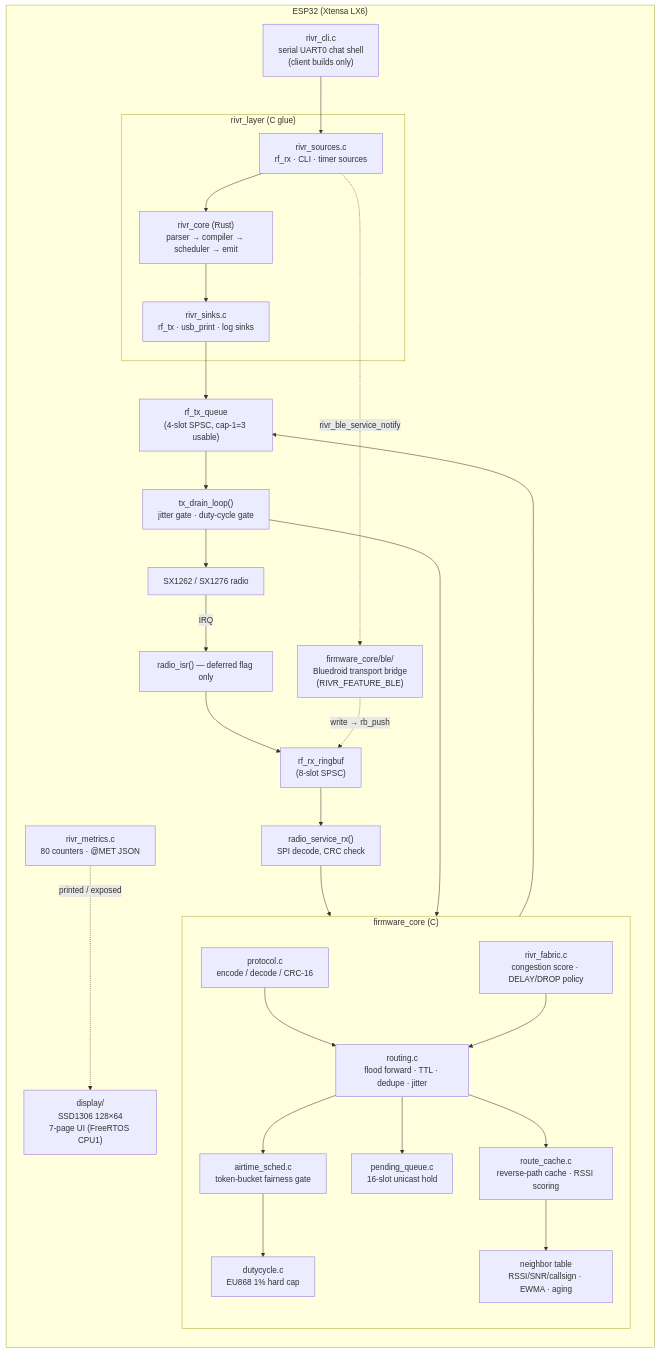
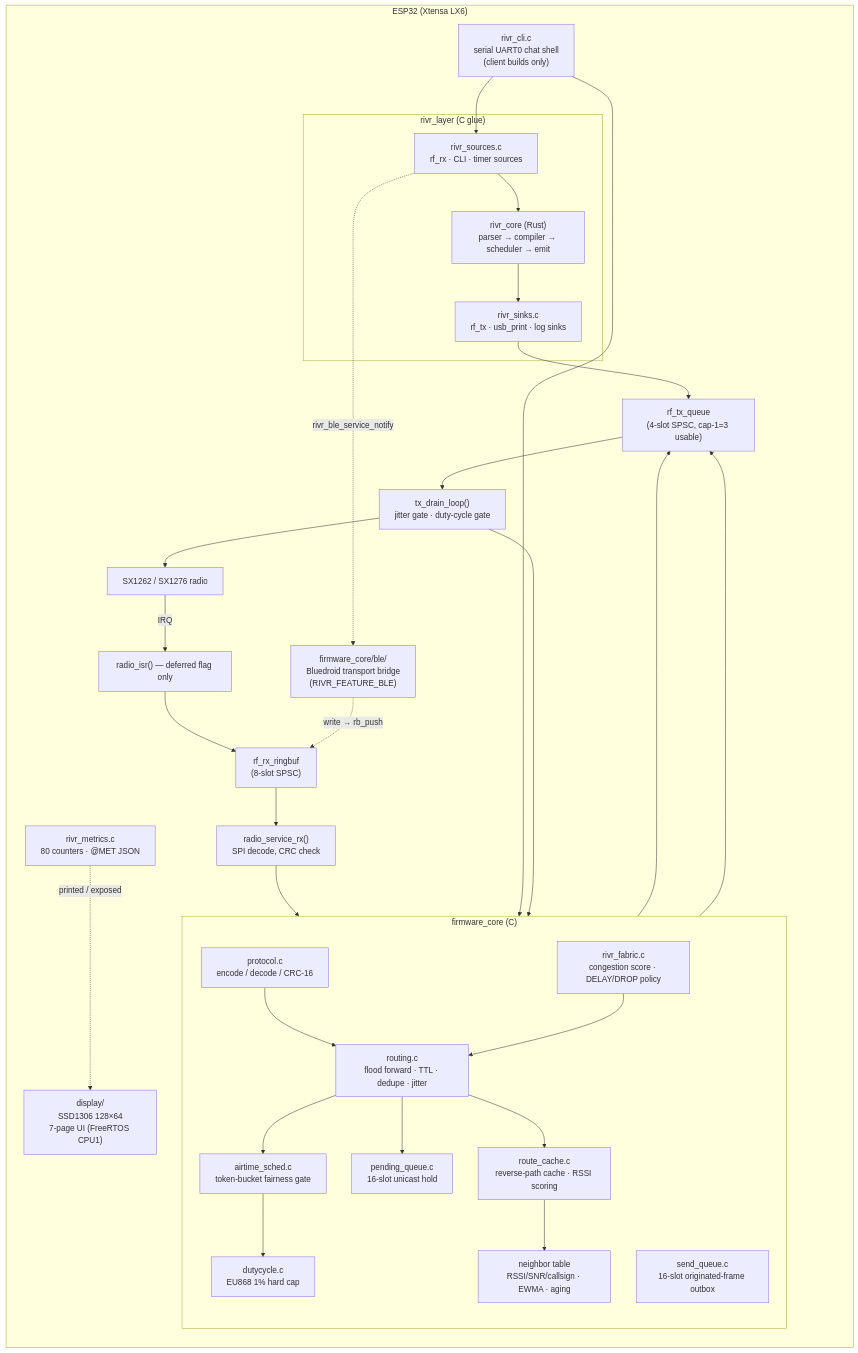
One commit to MichTronics/Rivr changed the first of 5 diagrams in docs/ARCHITECTURE.md. Above: the diagram before and after it, drawn with Mermaid. The commit also changed other lines of this file and 2 other files, not shown here.

Commit message:
feat(send_queue): add originated-frame outbox to prevent message drops during bursts

````diff
--- a/docs/ARCHITECTURE.md
+++ b/docs/ARCHITECTURE.md
@@ -9,60 +9,63 @@
 ```mermaid
 graph TD
     subgraph ESP32["ESP32 (Xtensa LX6)"]
         direction TB
 
         SX["SX1262 / SX1276 radio"]
         ISR["radio_isr() — deferred flag only"]
         RXBuf["rf_rx_ringbuf\n(8-slot SPSC)"]
         SRX["radio_service_rx()\nSPI decode, CRC check"]
 
         subgraph FW["firmware_core (C)"]
             direction TB
             PROTO["protocol.c\nencode / decode / CRC-16"]
             ROUTE["routing.c\nflood forward · TTL · dedupe · jitter"]
             RC["route_cache.c\nreverse-path cache · RSSI scoring"]
             PQ["pending_queue.c\n16-slot unicast hold"]
+            SQ["send_queue.c\n16-slot originated-frame outbox"]
             AT["airtime_sched.c\ntoken-bucket fairness gate"]
             DC["dutycycle.c\nEU868 1% hard cap"]
             NB["neighbor table\nRSSI/SNR/callsign · EWMA · aging"]
             FAB["rivr_fabric.c\ncongestion score · DELAY/DROP policy"]
         end
 
         TXQ["rf_tx_queue\n(4-slot SPSC, cap-1=3 usable)"]
         DRAIN["tx_drain_loop()\njitter gate · duty-cycle gate"]
 
         subgraph LAYER["rivr_layer (C glue)"]
             SOURCES["rivr_sources.c\nrf_rx · CLI · timer sources"]
             ENGINE["rivr_core (Rust)\nparser → compiler → scheduler → emit"]
             SINKS["rivr_sinks.c\nrf_tx · usb_print · log sinks"]
         end
 
         DISPLAY["display/\nSSD1306 128×64\n7-page UI (FreeRTOS CPU1)"]
         CLI["rivr_cli.c\nserial UART0 chat shell\n(client builds only)"]
         BLE["firmware_core/ble/\nBluedroid transport bridge\n(RIVR_FEATURE_BLE)"]
         METRICS["rivr_metrics.c\n80 counters · @MET JSON"]
 
         SX -->|IRQ| ISR
         ISR --> RXBuf
         RXBuf --> SRX
         SRX --> PROTO
         PROTO --> ROUTE
         ROUTE --> RC
         ROUTE --> PQ
         ROUTE --> AT
         AT --> DC
         AT --> TXQ
         RC --> NB
         FAB --> ROUTE
         SOURCES --> ENGINE
         ENGINE --> SINKS
         SINKS --> TXQ
+        CLI --> SQ
+        SQ --> TXQ
         TXQ --> DRAIN
         DRAIN --> DC
         DRAIN --> SX
         METRICS -.->|printed / exposed| DISPLAY
         CLI --> SOURCES
         SOURCES -.->|rivr_ble_service_notify| BLE
         BLE -.->|write → rb_push| RXBuf
     end
 ```
````
